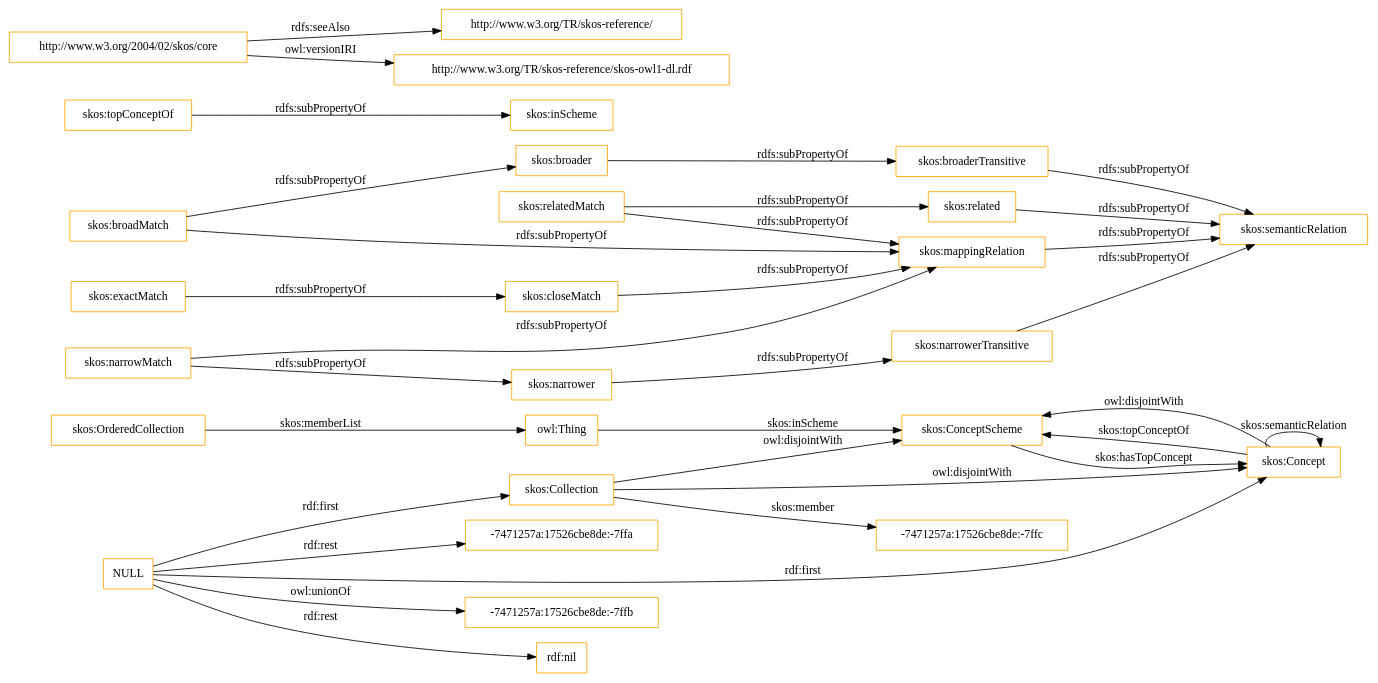
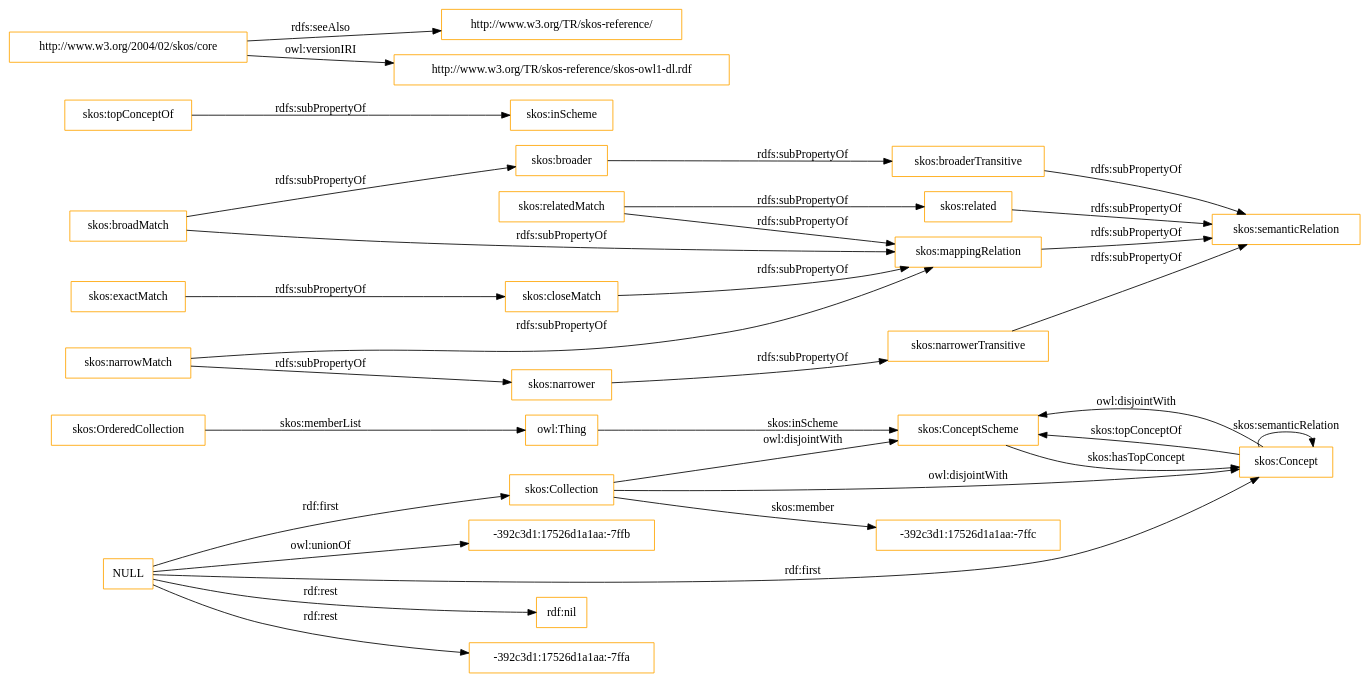
Before and after one commit to OnToologyUser/core-ontology-1: the diagram in OnToology/imports/skos.owl/diagrams/ar2dtool-class/skos.owl.png.dot, drawn with Graphviz. The commit also changed 14 other files, not shown here.

```diff
--- a/OnToology/imports/skos.owl/diagrams/ar2dtool-class/skos.owl.png.dot
+++ b/OnToology/imports/skos.owl/diagrams/ar2dtool-class/skos.owl.png.dot
@@ -1,37 +1,37 @@
 digraph ar2dtool_diagram { 
 rankdir=LR;
 size="1501"
-node [shape = rectangle, color="orange"]; "skos:OrderedCollection" "skos:ConceptScheme" "skos:Concept" "skos:Collection" "-7471257a:17526cbe8de:-7ffc" ; /*classes style*/
+node [shape = rectangle, color="orange"]; "skos:OrderedCollection" "skos:ConceptScheme" "skos:Concept" "skos:Collection" "-392c3d1:17526d1a1aa:-7ffc" ; /*classes style*/
 	"skos:narrowerTransitive" -> "skos:semanticRelation" [ label = "rdfs:subPropertyOf" ];
-	"NULL" -> "-7471257a:17526cbe8de:-7ffb" [ label = "owl:unionOf" ];
 	"NULL" -> "rdf:nil" [ label = "rdf:rest" ];
 	"NULL" -> "skos:Concept" [ label = "rdf:first" ];
-	"NULL" -> "-7471257a:17526cbe8de:-7ffa" [ label = "rdf:rest" ];
+	"NULL" -> "-392c3d1:17526d1a1aa:-7ffa" [ label = "rdf:rest" ];
 	"NULL" -> "skos:Collection" [ label = "rdf:first" ];
+	"NULL" -> "-392c3d1:17526d1a1aa:-7ffb" [ label = "owl:unionOf" ];
 	"skos:closeMatch" -> "skos:mappingRelation" [ label = "rdfs:subPropertyOf" ];
 	"skos:Concept" -> "skos:ConceptScheme" [ label = "owl:disjointWith" ];
 	"skos:relatedMatch" -> "skos:related" [ label = "rdfs:subPropertyOf" ];
 	"skos:relatedMatch" -> "skos:mappingRelation" [ label = "rdfs:subPropertyOf" ];
 	"skos:related" -> "skos:semanticRelation" [ label = "rdfs:subPropertyOf" ];
 	"skos:topConceptOf" -> "skos:inScheme" [ label = "rdfs:subPropertyOf" ];
 	"skos:broadMatch" -> "skos:mappingRelation" [ label = "rdfs:subPropertyOf" ];
 	"skos:broadMatch" -> "skos:broader" [ label = "rdfs:subPropertyOf" ];
 	"skos:exactMatch" -> "skos:closeMatch" [ label = "rdfs:subPropertyOf" ];
 	"skos:broaderTransitive" -> "skos:semanticRelation" [ label = "rdfs:subPropertyOf" ];
 	"skos:broader" -> "skos:broaderTransitive" [ label = "rdfs:subPropertyOf" ];
 	"skos:mappingRelation" -> "skos:semanticRelation" [ label = "rdfs:subPropertyOf" ];
 	"http://www.w3.org/2004/02/skos/core" -> "http://www.w3.org/TR/skos-reference/" [ label = "rdfs:seeAlso" ];
 	"http://www.w3.org/2004/02/skos/core" -> "http://www.w3.org/TR/skos-reference/skos-owl1-dl.rdf" [ label = "owl:versionIRI" ];
 	"skos:Collection" -> "skos:ConceptScheme" [ label = "owl:disjointWith" ];
 	"skos:Collection" -> "skos:Concept" [ label = "owl:disjointWith" ];
 	"skos:narrower" -> "skos:narrowerTransitive" [ label = "rdfs:subPropertyOf" ];
 	"skos:narrowMatch" -> "skos:narrower" [ label = "rdfs:subPropertyOf" ];
 	"skos:narrowMatch" -> "skos:mappingRelation" [ label = "rdfs:subPropertyOf" ];
 	"skos:OrderedCollection" -> "owl:Thing" [ label = "skos:memberList" ];
 	"skos:Concept" -> "skos:ConceptScheme" [ label = "skos:topConceptOf" ];
 	"skos:Concept" -> "skos:Concept" [ label = "skos:semanticRelation" ];
-	"skos:Collection" -> "-7471257a:17526cbe8de:-7ffc" [ label = "skos:member" ];
+	"skos:Collection" -> "-392c3d1:17526d1a1aa:-7ffc" [ label = "skos:member" ];
 	"skos:ConceptScheme" -> "skos:Concept" [ label = "skos:hasTopConcept" ];
 	"owl:Thing" -> "skos:ConceptScheme" [ label = "skos:inScheme" ];
 
 }
```
